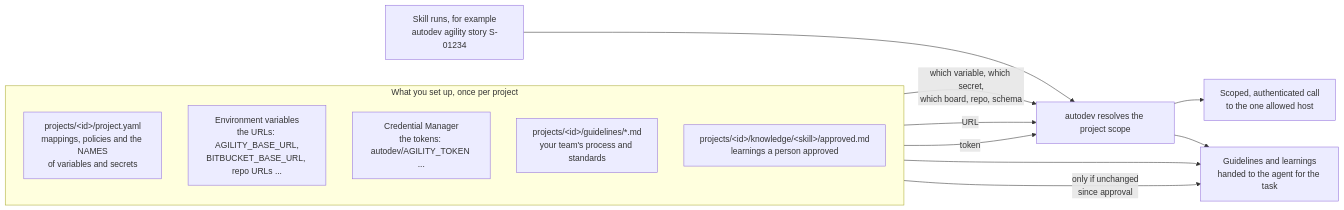
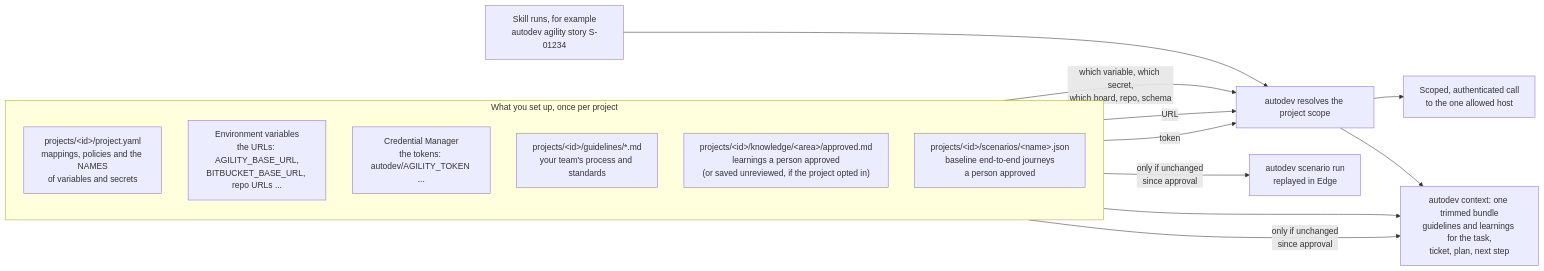
One commit to balapininti/Copilot-CLI-Auto-Developer changed the third of 16 diagrams in docs/diagrams.md. Above: the diagram before and after it, drawn with Mermaid. The commit also changed other lines of this file and 1 other file, not shown here.

First line of the commit message:
Update the architecture page and diagrams

````diff
--- a/docs/diagrams.md
+++ b/docs/diagrams.md
@@ -107,26 +109,29 @@
 ```mermaid
 flowchart LR
     skill["Skill runs, for example<br/>autodev agility story S-01234"]
 
     subgraph facts["What you set up, once per project"]
         direction TB
         manifest["projects/#lt;id#gt;/project.yaml<br/>mappings, policies and the NAMES<br/>of variables and secrets"]
         env["Environment variables<br/>the URLs: AGILITY_BASE_URL,<br/>BITBUCKET_BASE_URL, repo URLs ..."]
         store["Credential Manager<br/>the tokens: autodev/AGILITY_TOKEN ..."]
         guide["projects/#lt;id#gt;/guidelines/*.md<br/>your team's process and standards"]
-        know["projects/#lt;id#gt;/knowledge/#lt;skill#gt;/approved.md<br/>learnings a person approved"]
+        know["projects/#lt;id#gt;/knowledge/#lt;area#gt;/approved.md<br/>learnings a person approved<br/>(or saved unreviewed, if the project opted in)"]
+        scen["projects/#lt;id#gt;/scenarios/#lt;name#gt;.json<br/>baseline end-to-end journeys<br/>a person approved"]
     end
 
     resolve["autodev resolves the project scope"]
     scoped["Scoped, authenticated call<br/>to the one allowed host"]
-    context["Guidelines and learnings<br/>handed to the agent for the task"]
+    context["autodev context: one trimmed bundle<br/>guidelines and learnings for the task,<br/>ticket, plan, next step"]
+    e2e["autodev scenario run<br/>replayed in Edge"]
 
     skill --> resolve
     manifest -- "which variable, which secret,<br/>which board, repo, schema" --> resolve
     env -- "URL" --> resolve
     store -- "token" --> resolve
     resolve --> scoped
     guide --> context
     know -- "only if unchanged<br/>since approval" --> context
     resolve --> context
+    scen -- "only if unchanged<br/>since approval" --> e2e
 ```
````
